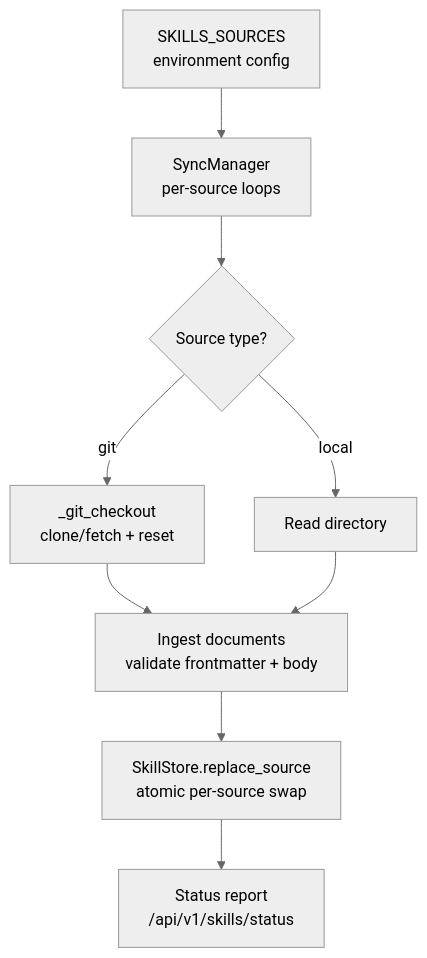
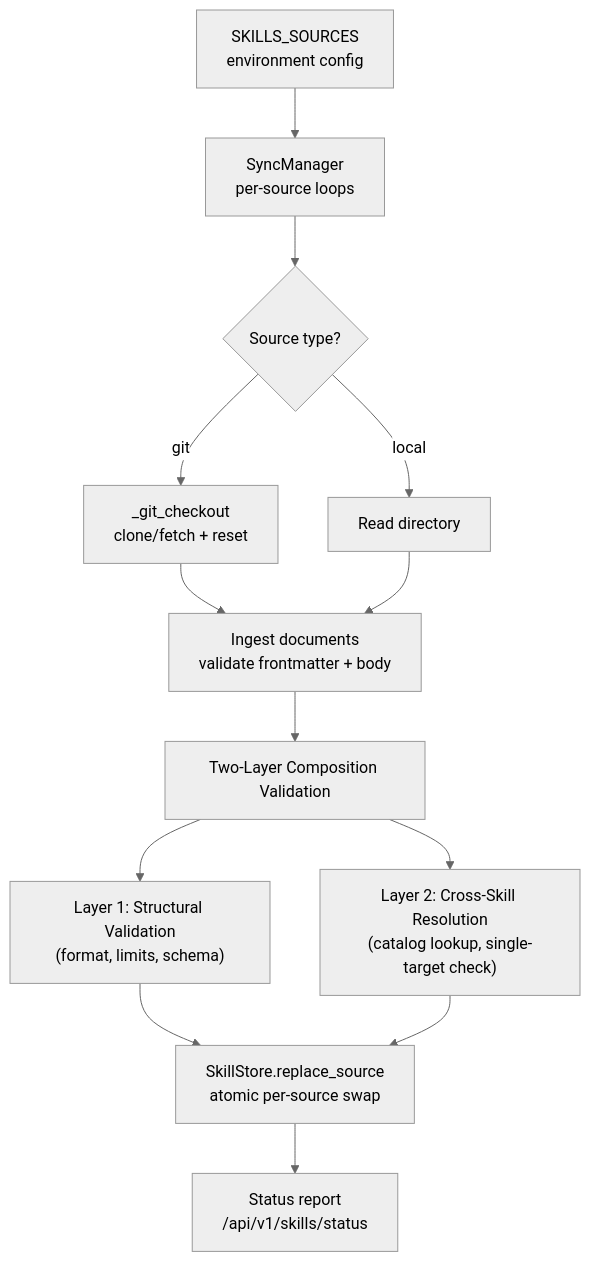
The first of 9 diagrams in .qoder/repowiki/en/content/Core Services/Skills Hub/Synchronization Mechanism.md (metasync/luban-aiops), drawn with Mermaid (neutral theme) before and after one commit. The commit also changed other lines of this file and 242 other files, not shown here.

Commit message:
docs: regenerate repowiki for v0.40.0 skill composition runbooks

````diff
--- a/.qoder/repowiki/en/content/Core Services/Skills Hub/Synchronization Mechanism.md
+++ b/.qoder/repowiki/en/content/Core Services/Skills Hub/Synchronization Mechanism.md
@@ -38,11 +49,15 @@
 ```mermaid
 graph TB
 A["SKILLS_SOURCES<br/>environment config"] --> B["SyncManager<br/>per-source loops"]
 B --> C{"Source type?"}
 C --> |local| D["Read directory"]
 C --> |git| E["_git_checkout<br/>clone/fetch + reset"]
 E --> F["Ingest documents<br/>validate frontmatter + body"]
 D --> F
-F --> G["SkillStore.replace_source<br/>atomic per-source swap"]
-G --> H["Status report<br/>/api/v1/skills/status"]
+F --> G["Two-Layer Composition Validation"]
+G --> H["Layer 1: Structural Validation<br/>(format, limits, schema)"]
+G --> I["Layer 2: Cross-Skill Resolution<br/>(catalog lookup, single-target check)"]
+H --> J["SkillStore.replace_source<br/>atomic per-source swap"]
+I --> J
+J --> K["Status report<br/>/api/v1/skills/status"]
 ```
````
